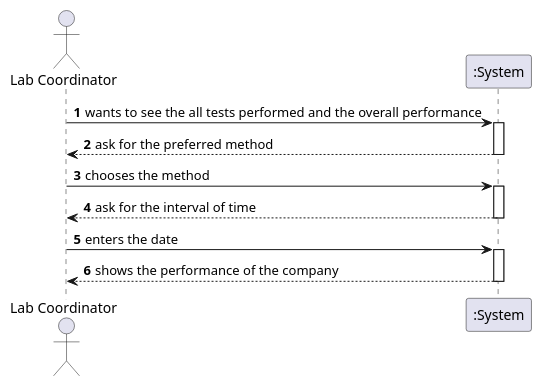
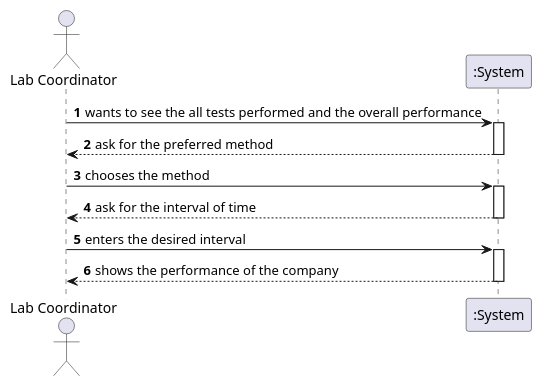
The diagram in docs/SprintD/US16/US16_SSD.puml (GuilhermeCunha79/lapr2), drawn with PlantUML before and after one commit. The commit also changed 6 other files, not shown here.

```diff
--- a/docs/SprintD/US16/US16_SSD.puml
+++ b/docs/SprintD/US16/US16_SSD.puml
@@ -1,21 +1,21 @@
 @startuml
 
 autonumber
 
 actor "Lab Coordinator" as LC
 participant ":System" as SYSTEM
 
 LC -> SYSTEM : wants to see the all tests performed and the overall performance
 activate SYSTEM
 SYSTEM --> LC : ask for the preferred method
 deactivate SYSTEM
 LC -> SYSTEM : chooses the method
 activate SYSTEM
 SYSTEM --> LC : ask for the interval of time
 deactivate SYSTEM
-LC -> SYSTEM : enters the date
+LC -> SYSTEM : enters the desired interval
 activate SYSTEM
 SYSTEM --> LC : shows the performance of the company
 deactivate SYSTEM
 
 @enduml
```
